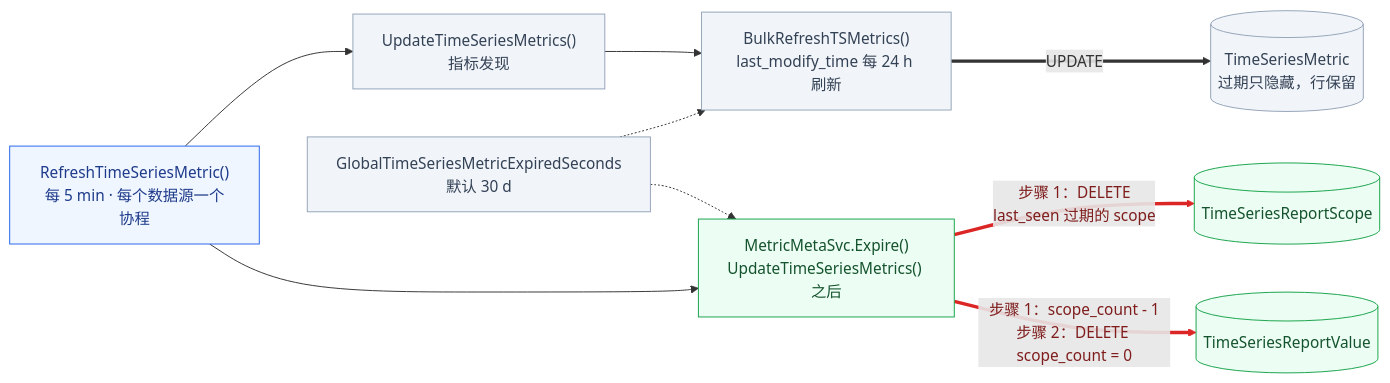
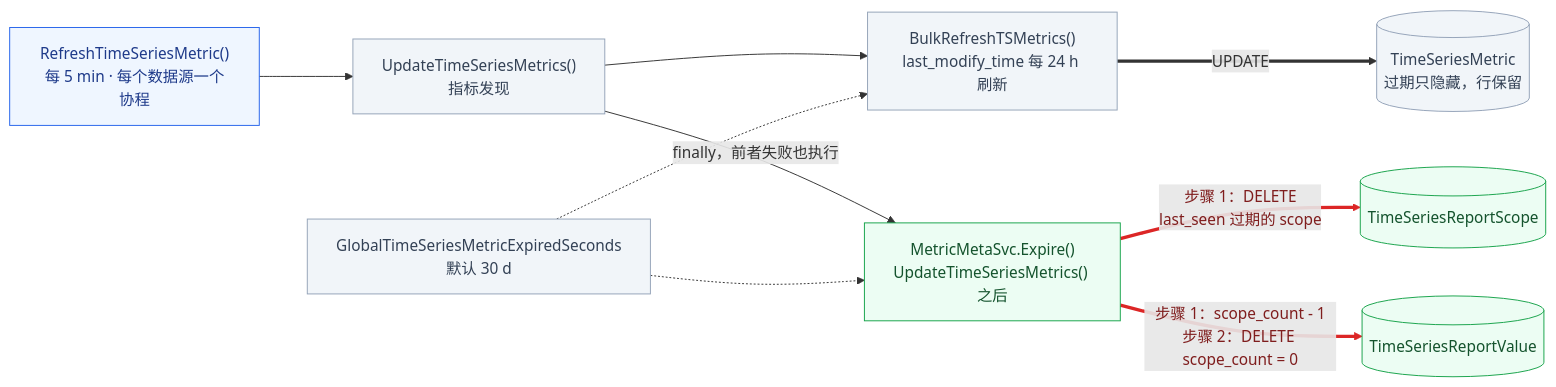
One commit to ZhuoZhuoCrayon/ai-workspace changed diagram 20 of 25 in knowledge/bkmonitor/issues/2026-09-15-custom-metric-metadata/PLAN.md. Above: the diagram before and after it, drawn with Mermaid. The commit also changed other lines of this file, not shown here.

First line of the commit message:
docs(issue): separate custom metric reporting from page edits

````diff
--- a/knowledge/bkmonitor/issues/2026-09-15-custom-metric-metadata/PLAN.md
+++ b/knowledge/bkmonitor/issues/2026-09-15-custom-metric-metadata/PLAN.md
@@ -2151,19 +2020,19 @@
 ```mermaid
 flowchart LR
     Refresh["RefreshTimeSeriesMetric()<br/>每 5 min · 每个数据源一个协程"] --> Update["UpdateTimeSeriesMetrics()<br/>指标发现"]
     Update --> Metrics["BulkRefreshTSMetrics()<br/>last_modify_time 每 24 h 刷新"]
     Metrics ==>|"UPDATE"| TSM[("TimeSeriesMetric<br/>过期只隐藏，行保留")]
-    Refresh --> Expire["MetricMetaSvc.Expire()<br/>UpdateTimeSeriesMetrics() 之后"]
+    Update -->|"finally，前者失败也执行"| Expire["MetricMetaSvc.Expire()<br/>UpdateTimeSeriesMetrics() 之后"]
     Expire ==>|"步骤 1：DELETE<br/>last_seen 过期的 scope"| Scope[("TimeSeriesReportScope")]
     Expire ==>|"步骤 1：scope_count - 1<br/>步骤 2：DELETE scope_count = 0"| Value[("TimeSeriesReportValue")]
     Cfg["GlobalTimeSeriesMetricExpiredSeconds<br/>默认 30 d"] -.-> Metrics
     Cfg -.-> Expire
 
     classDef add fill:#ecfdf3,stroke:#16a34a,color:#14532d
     classDef change fill:#eff6ff,stroke:#2563eb,color:#1e3a8a
     classDef old fill:#f1f5f9,stroke:#94a3b8,color:#334155
     class Expire,Scope,Value add
     class Refresh change
     class Update,Metrics,TSM,Cfg old
     linkStyle 4,5 stroke:#dc2626,color:#7f1d1d
 ```
````
